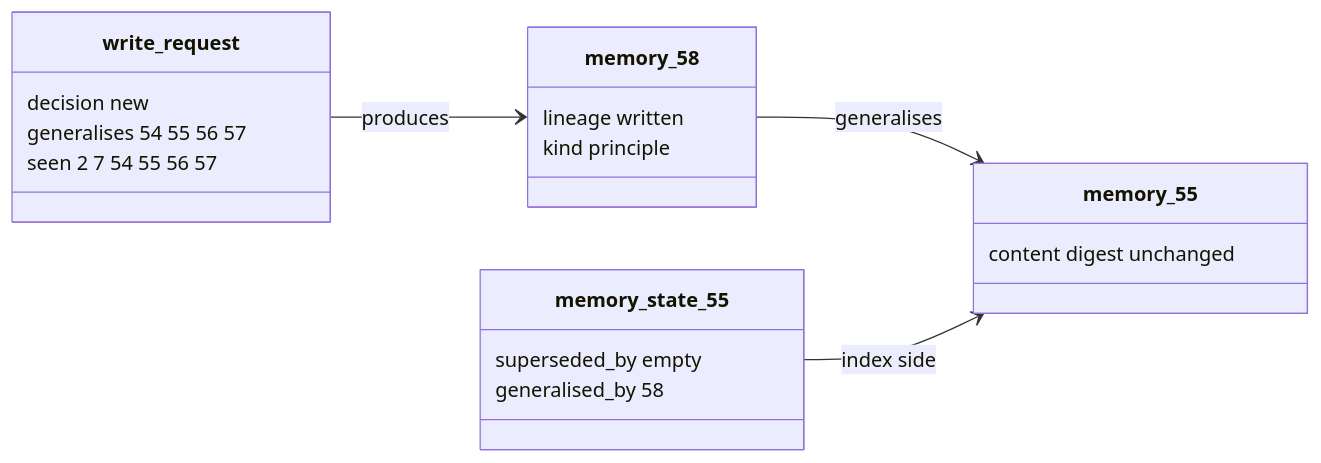
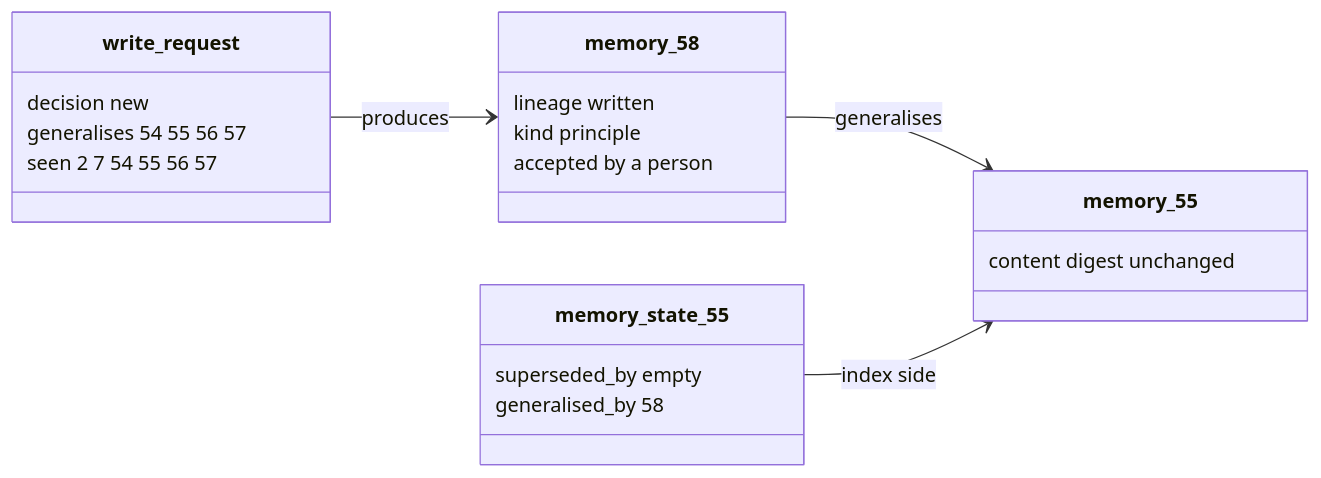
Diagram 29 of 32 in docs/design/memory/01a_model_by_scenario.md (Debith/pygim), drawn with Mermaid before and after one commit. The commit also changed other lines of this file and 18 other files, not shown here.

````diff
--- a/docs/design/memory/01a_model_by_scenario.md
+++ b/docs/design/memory/01a_model_by_scenario.md
@@ -706,23 +706,24 @@
 ```mermaid
 classDiagram
     direction LR
     class write_request {
         decision new
         generalises 54 55 56 57
         seen 2 7 54 55 56 57
     }
     class memory_58 {
         lineage written
         kind principle
+        accepted by a person
     }
     class memory_state_55 {
         superseded_by empty
         generalised_by 58
     }
     class memory_55 {
         content digest unchanged
     }
     write_request --> memory_58 : produces
     memory_58 --> memory_55 : generalises
     memory_state_55 --> memory_55 : index side
 ```
````
